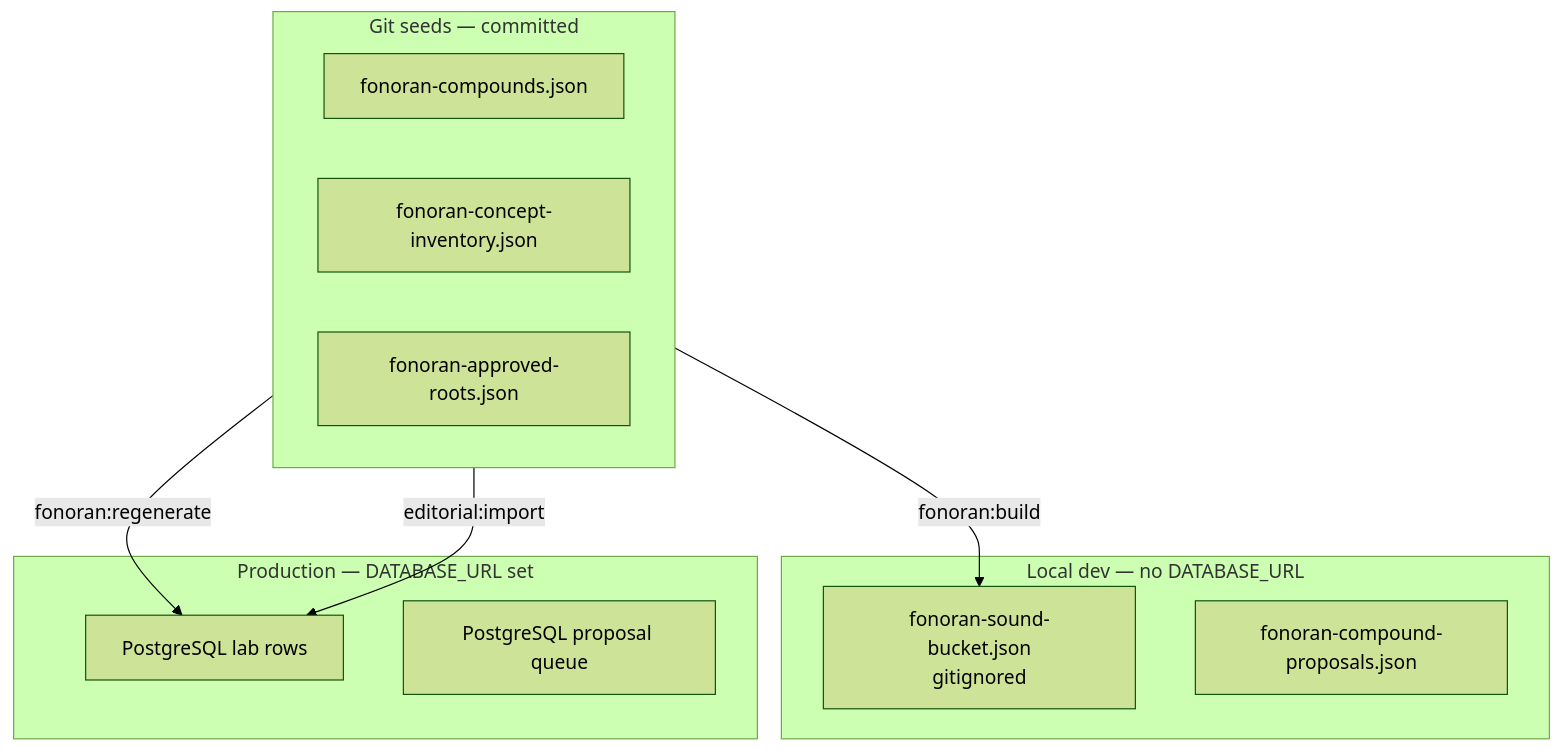
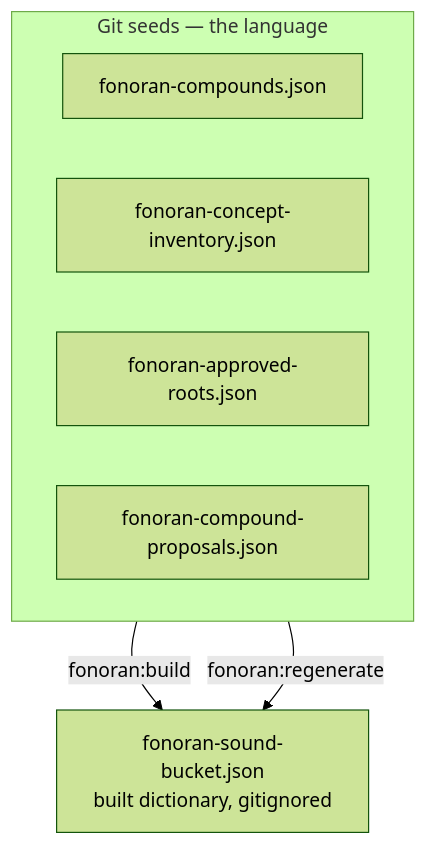
The second of 3 diagrams in docs/fonoran-compound-workflow.md (Fonora/fonora), drawn with Mermaid (forest theme) before and after one commit. The commit also changed other lines of this file and 34 other files, not shown here.

````diff
--- a/docs/fonoran-compound-workflow.md
+++ b/docs/fonoran-compound-workflow.md
@@ -32,19 +31,12 @@
 ```mermaid
 flowchart TB
-  subgraph git [Git seeds — committed]
+  subgraph git [Git seeds — the language]
     Compounds["fonoran-compounds.json"]
     Inventory["fonoran-concept-inventory.json"]
     Roots["fonoran-approved-roots.json"]
+    Props["fonoran-compound-proposals.json"]
   end
-  subgraph local [Local dev — no DATABASE_URL]
-    JSONLab["fonoran-sound-bucket.json\ngitignored"]
-    JSONProp["fonoran-compound-proposals.json"]
-  end
-  subgraph prod [Production — DATABASE_URL set]
-    PGLab["PostgreSQL lab rows"]
-    PGProp["PostgreSQL proposal queue"]
-  end
-  git -->|"fonoran:build"| JSONLab
-  git -->|"fonoran:regenerate"| PGLab
-  git -->|"editorial:import"| PGLab
+  Built["fonoran-sound-bucket.json\nbuilt dictionary, gitignored"]
+  git -->|"fonoran:build"| Built
+  git -->|"fonoran:regenerate"| Built
 ```
````
